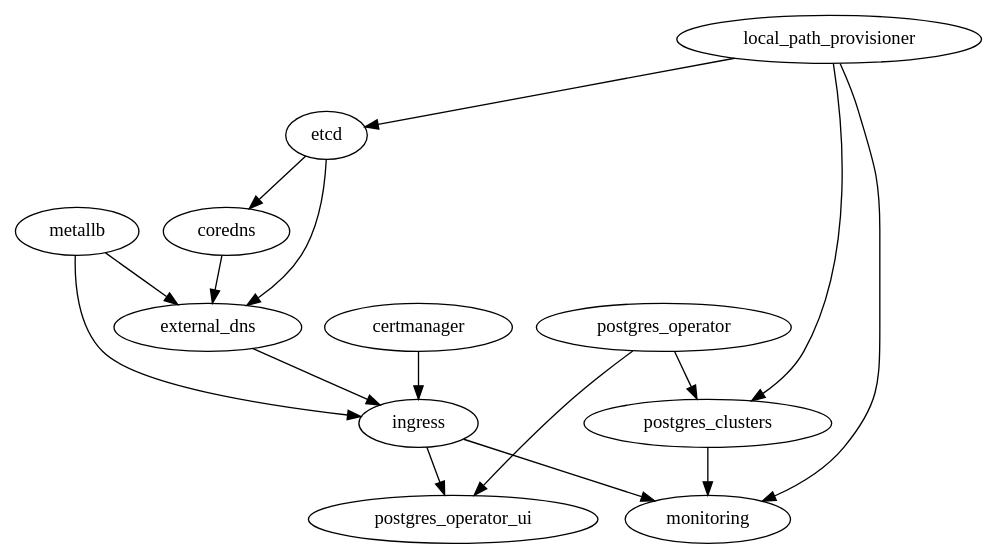
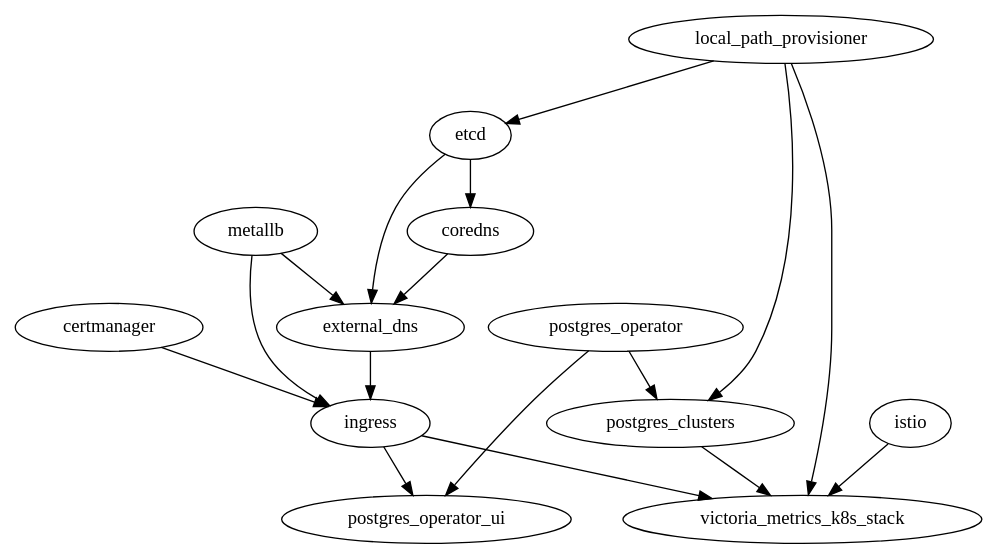
One commit to digitalstudium/devops-homelab changed the diagram in diagrams/graph.dot. Above: the diagram before and after it, drawn with Graphviz. The commit also changed 1 other file, not shown here.

```diff
--- a/diagrams/graph.dot
+++ b/diagrams/graph.dot
@@ -1,17 +1,18 @@
 digraph G {
+  local_path_provisioner -> etcd;
   metallb -> ingress;
   metallb -> external_dns;
   etcd -> external_dns;
   coredns -> external_dns;
   etcd -> coredns;
   certmanager -> ingress;
   external_dns -> ingress;
   postgres_operator -> postgres_operator_ui;
   postgres_operator -> postgres_clusters;
   local_path_provisioner -> postgres_clusters;
-  local_path_provisioner -> etcd;
   ingress-> postgres_operator_ui;
-  ingress-> monitoring;
-  local_path_provisioner-> monitoring;
-  postgres_clusters->monitoring;
+  ingress-> victoria_metrics_k8s_stack;
+  local_path_provisioner-> victoria_metrics_k8s_stack;
+  istio->victoria_metrics_k8s_stack;
+  postgres_clusters->victoria_metrics_k8s_stack;
 }
```
